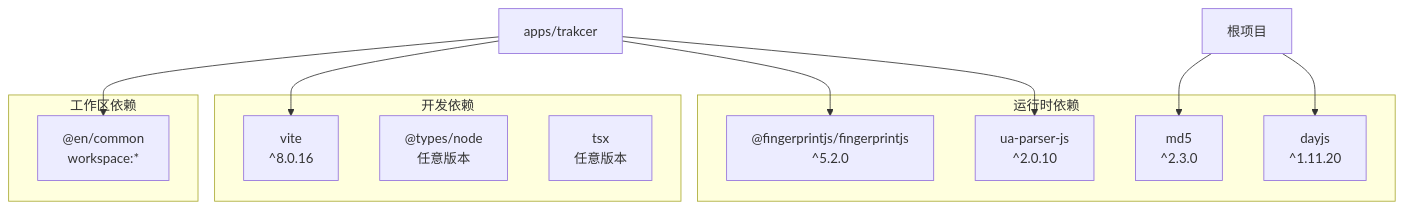
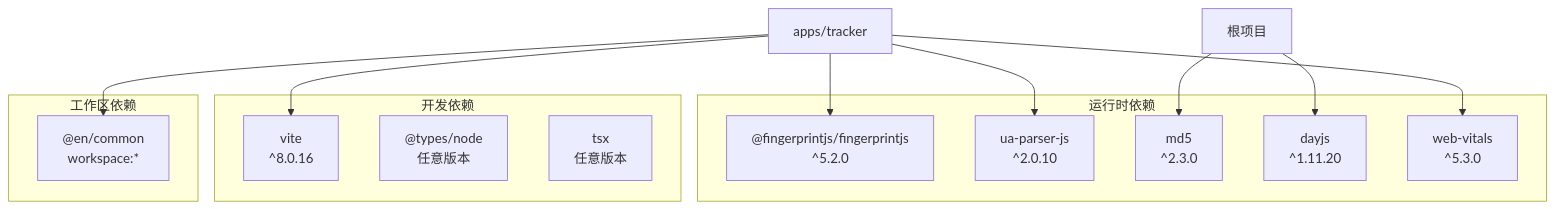
Diagram 15 of 15 in .qoder/repowiki/zh/content/分析跟踪模块.md (LihaoZDB/English-Study), drawn with Mermaid before and after one commit. The commit also changed other lines of this file and 5 other files, not shown here.

````diff
--- a/.qoder/repowiki/zh/content/分析跟踪模块.md
+++ b/.qoder/repowiki/zh/content/分析跟踪模块.md
@@ -275,23 +574,25 @@
 ```mermaid
 graph TB
 subgraph "运行时依赖"
 FingerprintJS["@fingerprintjs/fingerprintjs<br/>^5.2.0"]
 UAParser["ua-parser-js<br/>^2.0.10"]
 MD5["md5<br/>^2.3.0"]
 DayJS["dayjs<br/>^1.11.20"]
+WebVitals["web-vitals<br/>^5.3.0"]
 end
 subgraph "开发依赖"
 Vite["vite<br/>^8.0.16"]
 TypesNode["@types/node<br/>任意版本"]
 TSX["tsx<br/>任意版本"]
 end
 subgraph "工作区依赖"
 Common["@en/common<br/>workspace:*"]
 end
-Trakcer[apps/trakcer] --> FingerprintJS
-Trakcer --> UAParser
-Trakcer --> Common
-Trakcer --> Vite
+Tracker[apps/tracker] --> FingerprintJS
+Tracker --> UAParser
+Tracker --> WebVitals
+Tracker --> Common
+Tracker --> Vite
 Root[根项目] --> MD5
 Root --> DayJS
 ```
````
